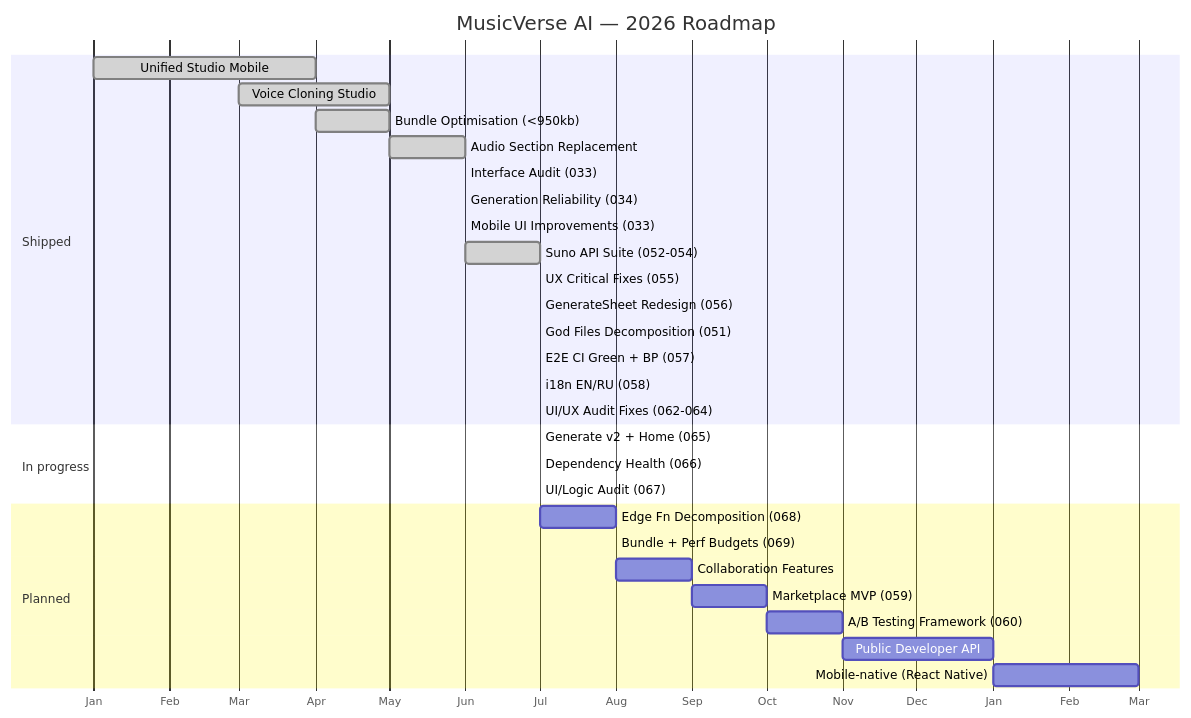
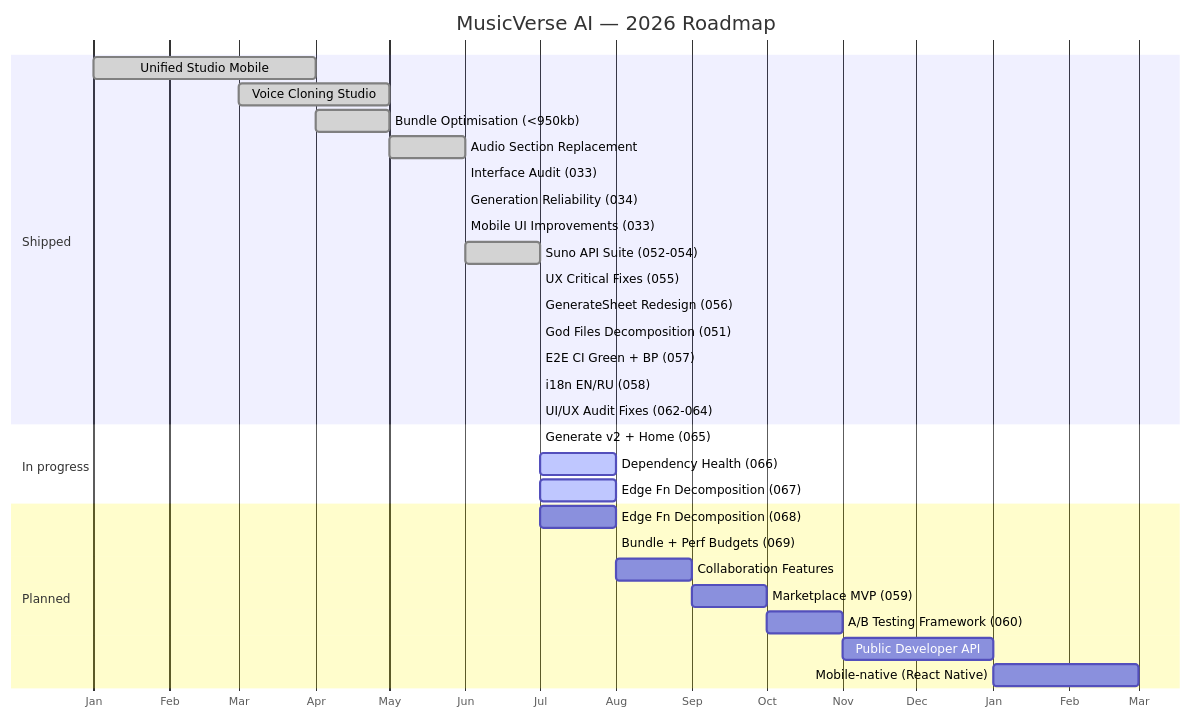
Before and after one commit to HOW2AI-AGENCY/aimusicverse: the diagram in ROADMAP.md, drawn with Mermaid. The commit also changed other lines of this file and 2 other files, not shown here.

Commit message:
docs(sync): align PROJECT_STATUS, ROADMAP, SPRINT-PROGRESS with audited metrics (1871 tests, 0 ESLint errors/426 warnings, 1039 components)

````diff
--- a/ROADMAP.md
+++ b/ROADMAP.md
@@ -27,33 +27,33 @@
 ```mermaid
 gantt
     title MusicVerse AI — 2026 Roadmap
     dateFormat YYYY-MM
     axisFormat %b
     section Shipped
     Unified Studio Mobile        :done, 2026-01, 2026-04
     Voice Cloning Studio         :done, 2026-03, 2026-05
     Bundle Optimisation (<950kb) :done, 2026-04, 2026-05
     Audio Section Replacement    :done, 2026-05, 2026-06
     Interface Audit (033)        :done, 2026-06, 2026-06
     Generation Reliability (034) :done, 2026-06, 2026-06
     Mobile UI Improvements (033) :done, 2026-06, 2026-06
     Suno API Suite (052-054)     :done, 2026-06, 2026-07
     UX Critical Fixes (055)      :done, 2026-07, 2026-07
     GenerateSheet Redesign (056) :done, 2026-07, 2026-07
     God Files Decomposition (051):done, 2026-07, 2026-07
     E2E CI Green + BP (057)      :done, 2026-07, 2026-07
     i18n EN/RU (058)             :done, 2026-07, 2026-07
     UI/UX Audit Fixes (062-064)  :done, 2026-07, 2026-07
     section In progress
     Generate v2 + Home (065)     :done, 2026-07, 2026-07
-    Dependency Health (066)      :done, 2026-07, 2026-07
-    UI/Logic Audit (067)         :done, 2026-07, 2026-07
+    Dependency Health (066)      :active, 2026-07, 2026-08
+    Edge Fn Decomposition (067)  :active, 2026-07, 2026-08
     section Planned
     Edge Fn Decomposition (068)  : 2026-07, 2026-08
     Bundle + Perf Budgets (069)  : 2026-08, 2026-08
     Collaboration Features       : 2026-08, 2026-09
     Marketplace MVP (059)        : 2026-09, 2026-10
     A/B Testing Framework (060)  : 2026-10, 2026-11
     Public Developer API         : 2026-11, 2027-01
     Mobile-native (React Native) : 2027-01, 2027-03
 ```
````
